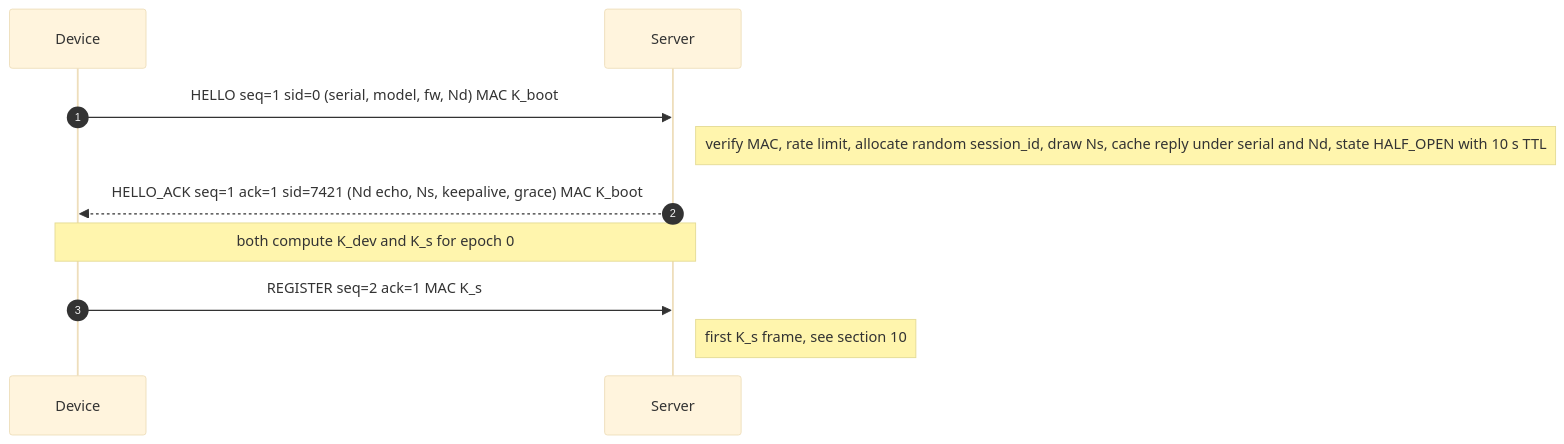
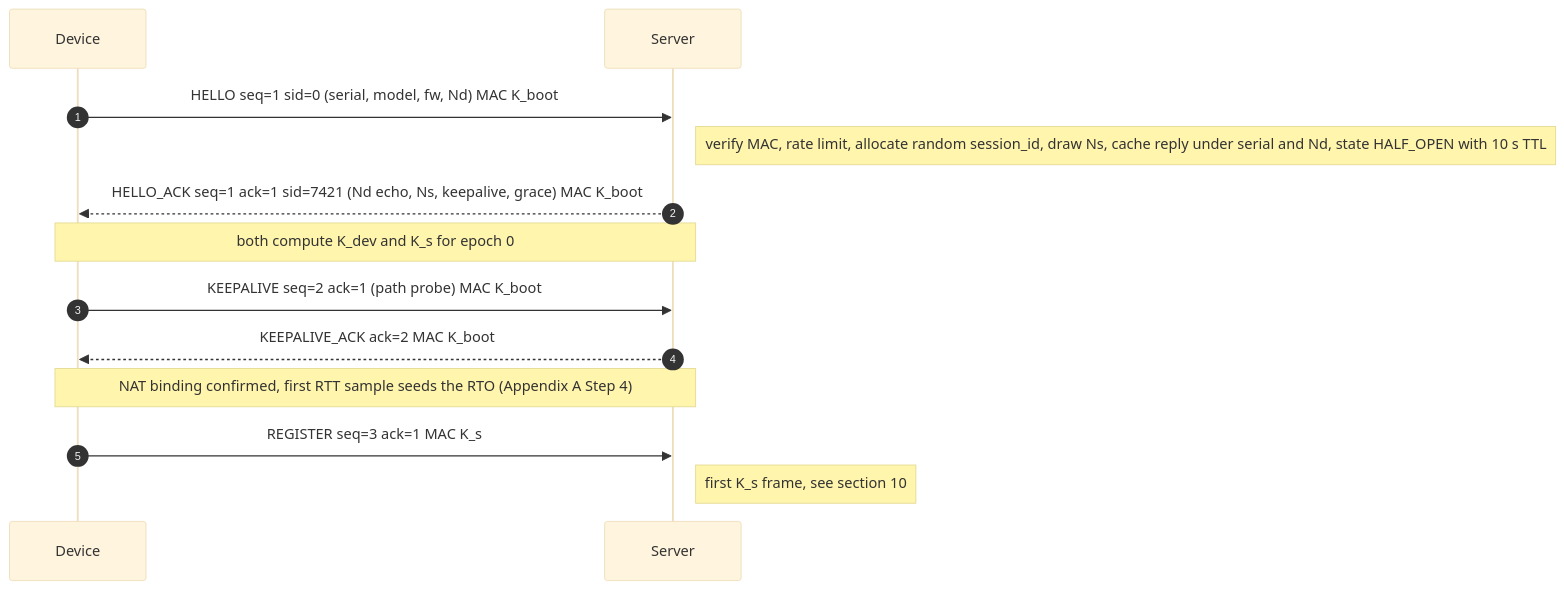
One commit to heysunilvk/ztp-project changed the sixth of 22 diagrams in DESIGN.md. Above: the diagram before and after it, drawn with Mermaid (base theme). The commit also changed other lines of this file and 2 other files, not shown here.

First line of the commit message:
Align docs with every PDF clause; add state machines and event-flow diagrams

````diff
--- a/DESIGN.md
+++ b/DESIGN.md
@@ -536,12 +692,15 @@
 ```mermaid
 sequenceDiagram
     autonumber
     participant D as Device
     participant S as Server
     D->>S: HELLO seq=1 sid=0 (serial, model, fw, Nd) MAC K_boot
     Note right of S: verify MAC, rate limit, allocate random session_id, draw Ns, cache reply under serial and Nd, state HALF_OPEN with 10 s TTL
     S-->>D: HELLO_ACK seq=1 ack=1 sid=7421 (Nd echo, Ns, keepalive, grace) MAC K_boot
     Note over D,S: both compute K_dev and K_s for epoch 0
-    D->>S: REGISTER seq=2 ack=1 MAC K_s
+    D->>S: KEEPALIVE seq=2 ack=1 (path probe) MAC K_boot
+    S-->>D: KEEPALIVE_ACK ack=2 MAC K_boot
+    Note over D,S: NAT binding confirmed, first RTT sample seeds the RTO (Appendix A Step 4)
+    D->>S: REGISTER seq=3 ack=1 MAC K_s
     Note right of S: first K_s frame, see section 10
 ```
````
